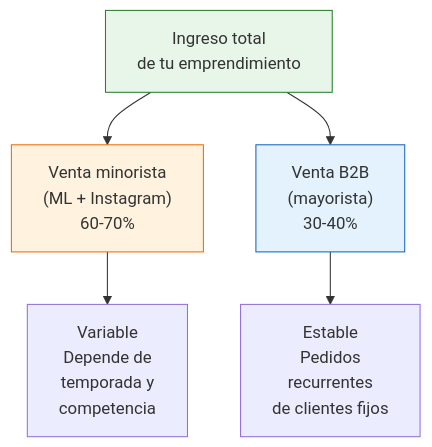
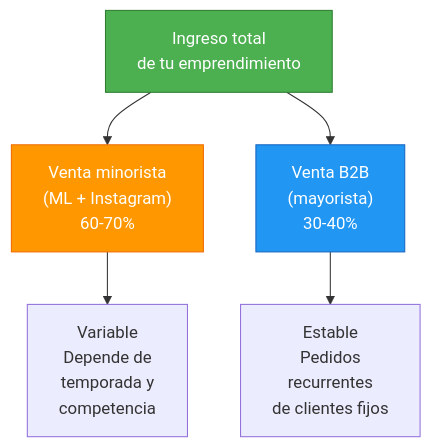
Before and after one commit to barrosignacioezequiel-coder/docs: the second of 2 diagrams in app/paso1-argentina/crecer-gestionar/venta-b2b-practica.mdx, drawn with Mermaid. The commit also changed other lines of this file and 66 other files, not shown here.

First line of the commit message:
fix: resolve Mermaid v11 numbered list errors + improve contrast

````diff
--- a/app/paso1-argentina/crecer-gestionar/venta-b2b-practica.mdx
+++ b/app/paso1-argentina/crecer-gestionar/venta-b2b-practica.mdx
@@ -170,11 +170,11 @@
 ```mermaid
 graph TD
     A["Ingreso total<br/>de tu emprendimiento"] --> B["Venta minorista<br/>(ML + Instagram)<br/>60-70%"]
     A --> C["Venta B2B<br/>(mayorista)<br/>30-40%"]
     B --> B1["Variable<br/>Depende de<br/>temporada y<br/>competencia"]
     C --> C1["Estable<br/>Pedidos<br/>recurrentes<br/>de clientes fijos"]
 
-    style A fill:#e8f5e9,stroke:#2e7d32
-    style B fill:#fff3e0,stroke:#ef6c00
-    style C fill:#e3f2fd,stroke:#1565c0
+    style A fill:#4caf50,stroke:#2e7d32,color:#fff
+    style B fill:#ff9800,stroke:#ef6c00,color:#fff
+    style C fill:#2196f3,stroke:#1565c0,color:#fff
 ```
````
